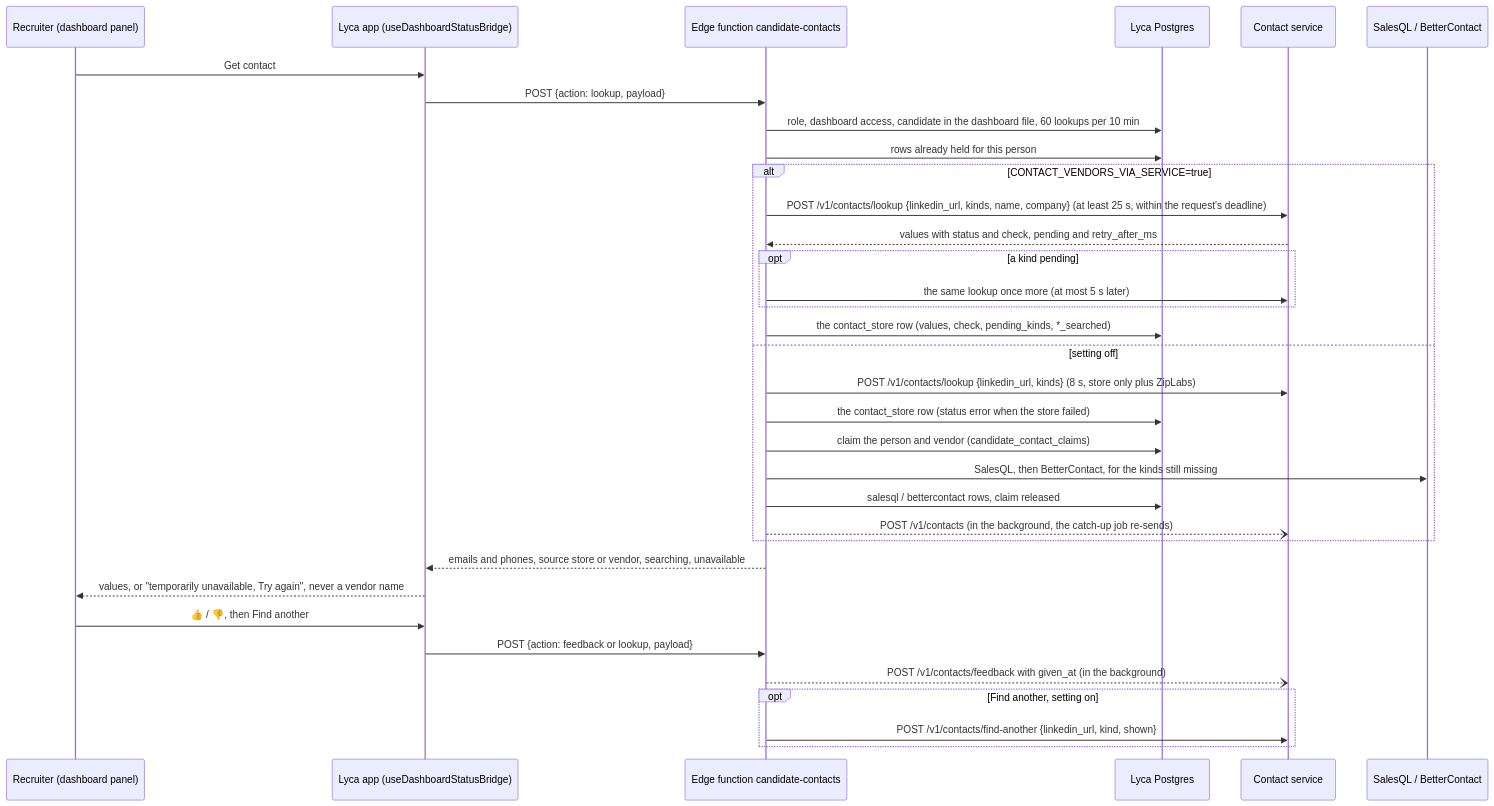
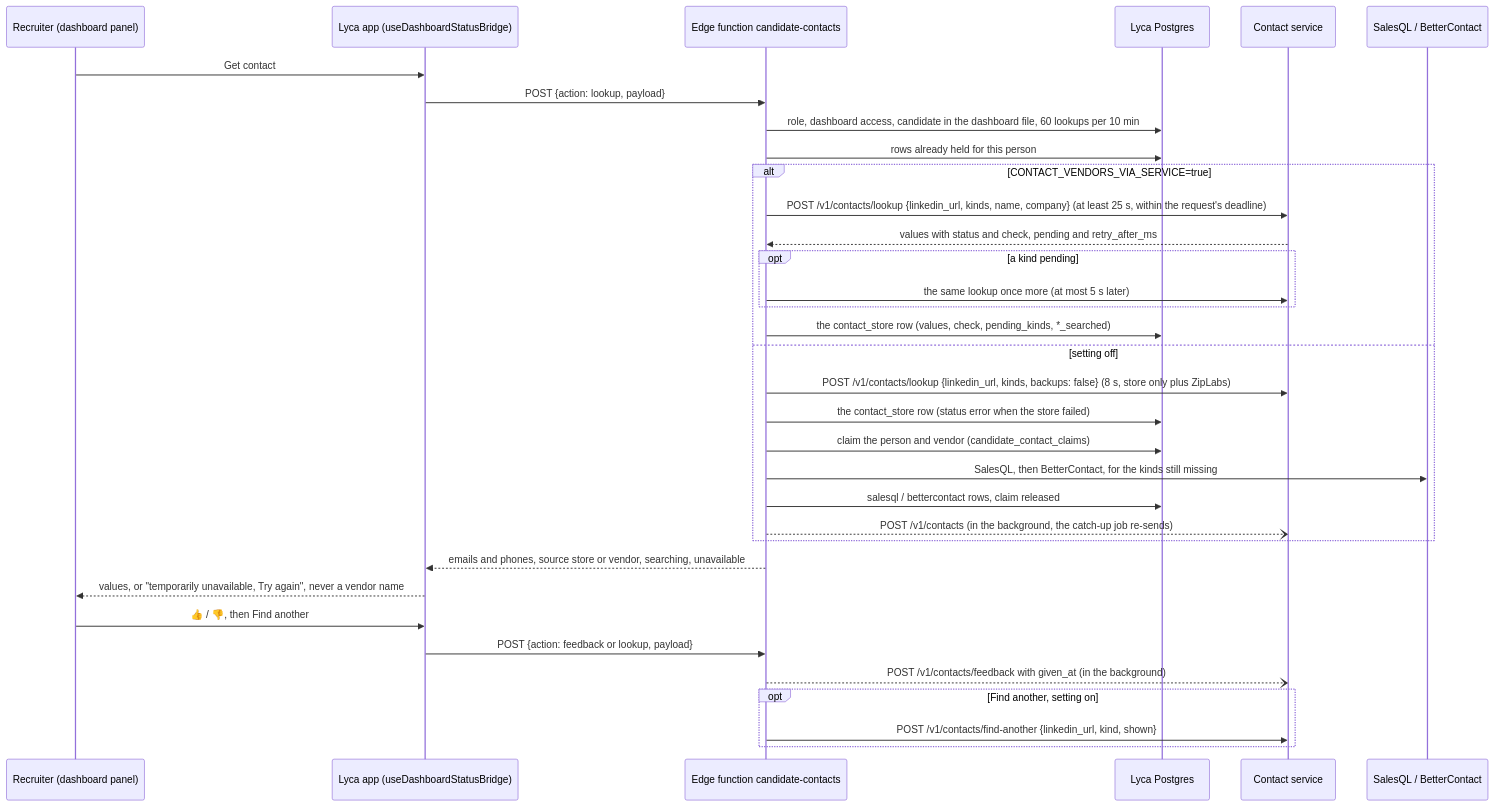
One commit to hiresense-ai/adobe-longlist changed the diagram in docs/CONTACT_REVEAL.md. Above: the diagram before and after it, drawn with Mermaid. The commit also changed other lines of this file and 10 other files, not shown here.

````diff
--- a/docs/CONTACT_REVEAL.md
+++ b/docs/CONTACT_REVEAL.md
@@ -19,36 +19,36 @@
 ```mermaid
 sequenceDiagram
   participant U as Recruiter (dashboard panel)
   participant H as Lyca app (useDashboardStatusBridge)
   participant F as Edge function candidate-contacts
   participant DB as Lyca Postgres
   participant S as Contact service
   participant V as SalesQL / BetterContact
   U->>H: Get contact
   H->>F: POST {action: lookup, payload}
   F->>DB: role, dashboard access, candidate in the dashboard file, 60 lookups per 10 min
   F->>DB: rows already held for this person
   alt CONTACT_VENDORS_VIA_SERVICE=true
     F->>S: POST /v1/contacts/lookup {linkedin_url, kinds, name, company} (at least 25 s, within the request's deadline)
     S-->>F: values with status and check, pending and retry_after_ms
     opt a kind pending
       F->>S: the same lookup once more (at most 5 s later)
     end
     F->>DB: the contact_store row (values, check, pending_kinds, *_searched)
   else setting off
-    F->>S: POST /v1/contacts/lookup {linkedin_url, kinds} (8 s, store only plus ZipLabs)
+    F->>S: POST /v1/contacts/lookup {linkedin_url, kinds, backups: false} (8 s, store only plus ZipLabs)
     F->>DB: the contact_store row (status error when the store failed)
     F->>DB: claim the person and vendor (candidate_contact_claims)
     F->>V: SalesQL, then BetterContact, for the kinds still missing
     F->>DB: salesql / bettercontact rows, claim released
     F--)S: POST /v1/contacts (in the background, the catch-up job re-sends)
   end
   F-->>H: emails and phones, source store or vendor, searching, unavailable
   H-->>U: values, or "temporarily unavailable, Try again", never a vendor name
   U->>H: 👍 / 👎, then Find another
   H->>F: POST {action: feedback or lookup, payload}
   F--)S: POST /v1/contacts/feedback with given_at (in the background)
   opt Find another, setting on
     F->>S: POST /v1/contacts/find-another {linkedin_url, kind, shown}
   end
 ```
````
